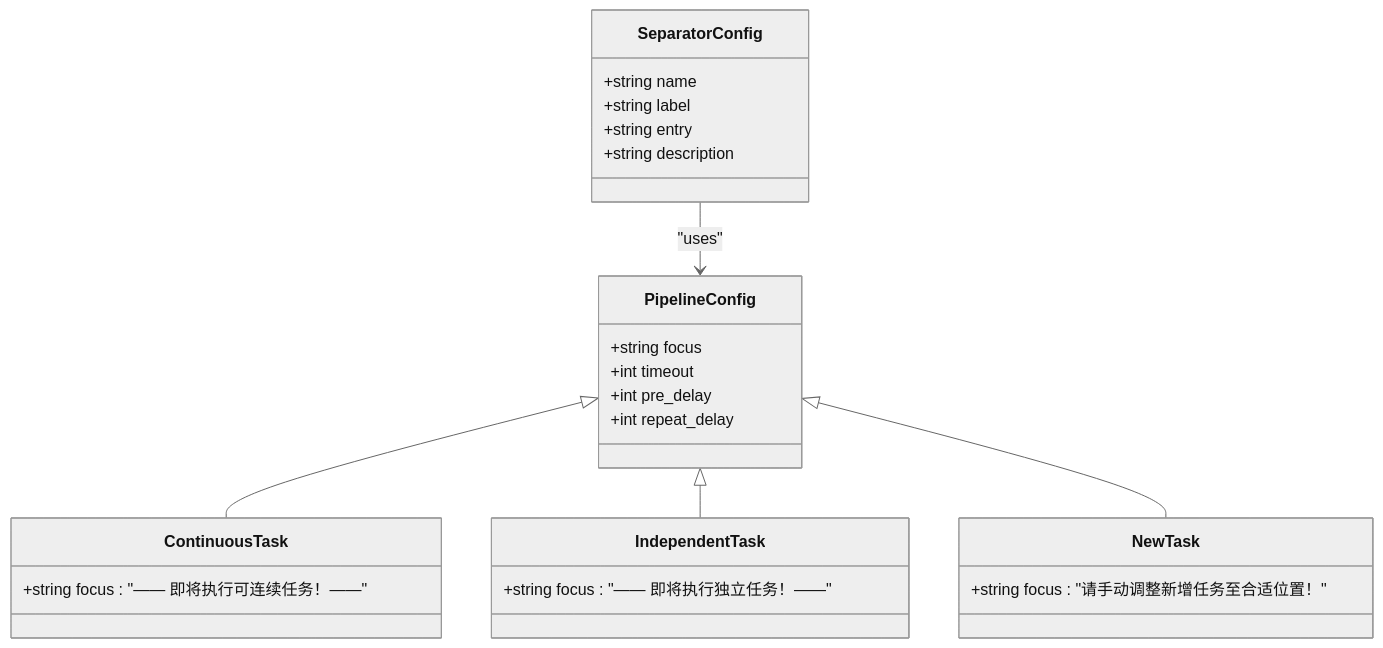
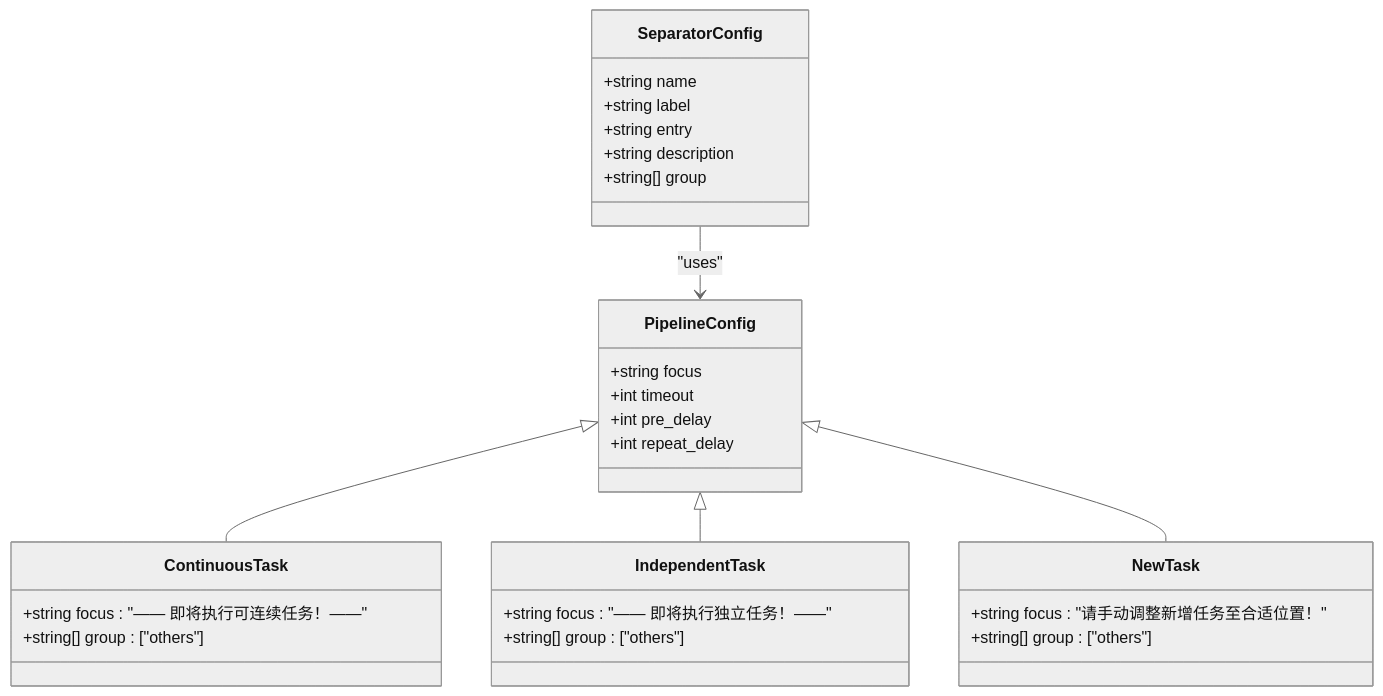
The sixth of 7 diagrams in .qoder/repowiki/zh/content/Separator Tasks.md (kqcoxn/MaaDuDuL), drawn with Mermaid (neutral theme) before and after one commit. The commit also changed other lines of this file and 12 other files, not shown here.

````diff
--- a/.qoder/repowiki/zh/content/Separator Tasks.md
+++ b/.qoder/repowiki/zh/content/Separator Tasks.md
@@ -270,28 +293,32 @@
 ```mermaid
 classDiagram
 class PipelineConfig {
 +string focus
 +int timeout
 +int pre_delay
 +int repeat_delay
 }
 class SeparatorConfig {
 +string name
 +string label
 +string entry
 +string description
++string[] group
 }
 class ContinuousTask {
 +string focus : "—— 即将执行可连续任务！——"
++string[] group : ["others"]
 }
 class IndependentTask {
 +string focus : "—— 即将执行独立任务！——"
++string[] group : ["others"]
 }
 class NewTask {
 +string focus : "请手动调整新增任务至合适位置！"
++string[] group : ["others"]
 }
 PipelineConfig <|-- ContinuousTask
 PipelineConfig <|-- IndependentTask
 PipelineConfig <|-- NewTask
 SeparatorConfig --> PipelineConfig : "uses"
 ```
````
